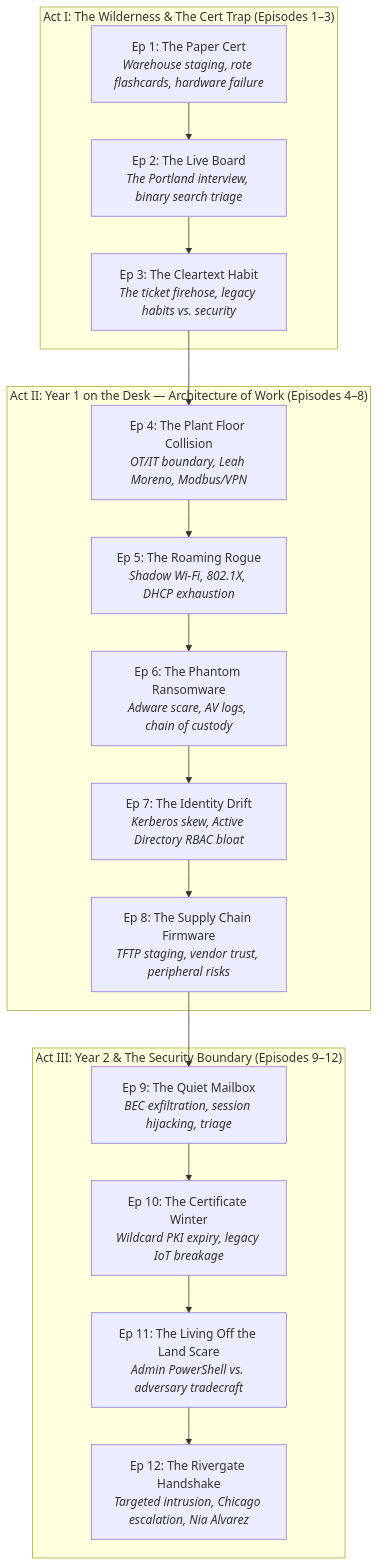
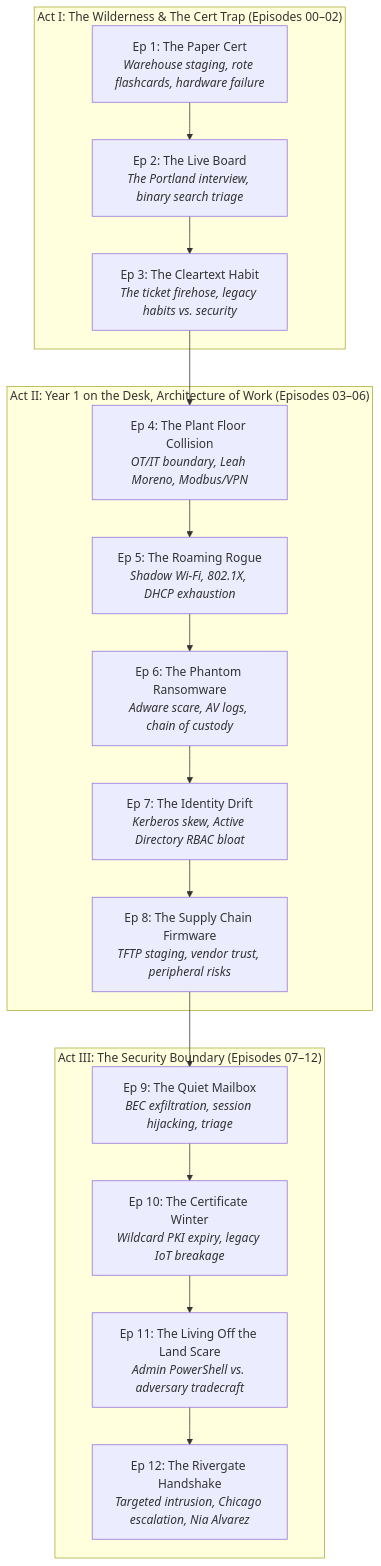
Before and after one commit to cwarloe/learning-narrative-kit: the first of 2 diagrams in docs/research/PORTLAND_AUTHOR_BIBLE.md, drawn with Mermaid. The commit also changed other lines of this file and 4 other files, not shown here.

Commit message:
Use 'phases' for pedagogy handoff models and 'acts' for story; define both in the timeline

````diff
--- a/docs/research/PORTLAND_AUTHOR_BIBLE.md
+++ b/docs/research/PORTLAND_AUTHOR_BIBLE.md
@@ -41,22 +43,22 @@
 ```mermaid
 flowchart TD
-    subgraph ActI["Act I: The Wilderness & The Cert Trap (Episodes 1–3)"]
+    subgraph ActI["Act I: The Wilderness & The Cert Trap (Episodes 00–02)"]
         E1["Ep 1: The Paper Cert<br/><i>Warehouse staging, rote flashcards, hardware failure</i>"] --> E2["Ep 2: The Live Board<br/><i>The Portland interview, binary search triage</i>"]
         E2 --> E3["Ep 3: The Cleartext Habit<br/><i>The ticket firehose, legacy habits vs. security</i>"]
     end
 
-    subgraph ActII["Act II: Year 1 on the Desk — Architecture of Work (Episodes 4–8)"]
+    subgraph ActII["Act II: Year 1 on the Desk, Architecture of Work (Episodes 03–06)"]
         E3 --> E4["Ep 4: The Plant Floor Collision<br/><i>OT/IT boundary, Leah Moreno, Modbus/VPN</i>"]
         E4 --> E5["Ep 5: The Roaming Rogue<br/><i>Shadow Wi-Fi, 802.1X, DHCP exhaustion</i>"]
         E5 --> E6["Ep 6: The Phantom Ransomware<br/><i>Adware scare, AV logs, chain of custody</i>"]
         E6 --> E7["Ep 7: The Identity Drift<br/><i>Kerberos skew, Active Directory RBAC bloat</i>"]
         E7 --> E8["Ep 8: The Supply Chain Firmware<br/><i>TFTP staging, vendor trust, peripheral risks</i>"]
     end
 
-    subgraph ActIII["Act III: Year 2 & The Security Boundary (Episodes 9–12)"]
+    subgraph ActIII["Act III: The Security Boundary (Episodes 07–12)"]
         E8 --> E9["Ep 9: The Quiet Mailbox<br/><i>BEC exfiltration, session hijacking, triage</i>"]
         E9 --> E10["Ep 10: The Certificate Winter<br/><i>Wildcard PKI expiry, legacy IoT breakage</i>"]
         E10 --> E11["Ep 11: The Living Off the Land Scare<br/><i>Admin PowerShell vs. adversary tradecraft</i>"]
         E11 --> E12["Ep 12: The Rivergate Handshake<br/><i>Targeted intrusion, Chicago escalation, Nia Alvarez</i>"]
     end
 ```
````
